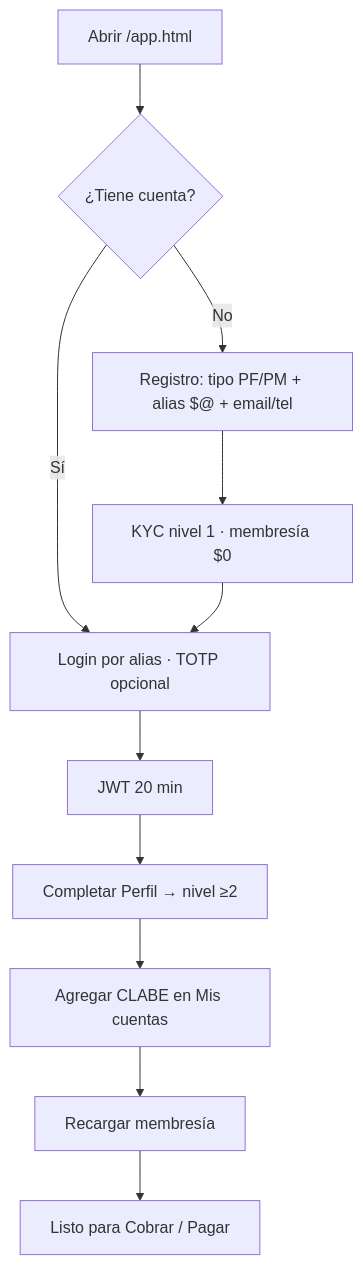
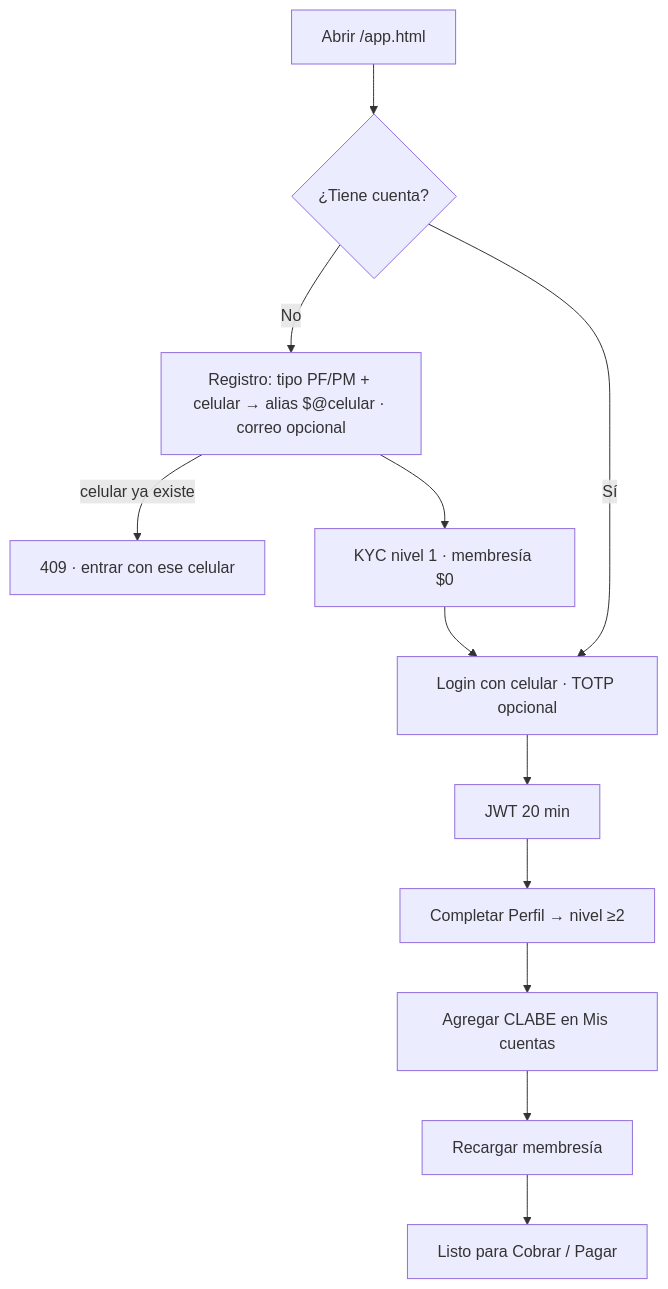
One commit to Spotynet/superclabe changed the eighth of 15 diagrams in docs/DOCUMENTACION-SISTEMA-COMPLETA.md. Above: the diagram before and after it, drawn with Mermaid. The commit also changed other lines of this file and 31 other files, not shown here.

````diff
--- a/docs/DOCUMENTACION-SISTEMA-COMPLETA.md
+++ b/docs/DOCUMENTACION-SISTEMA-COMPLETA.md
@@ -564,13 +601,14 @@
 ```mermaid
 flowchart TD
   A[Abrir /app.html] --> B{¿Tiene cuenta?}
-  B -->|No| C[Registro: tipo PF/PM + alias $@ + email/tel]
+  B -->|No| C[Registro: tipo PF/PM + celular → alias $@celular · correo opcional]
+  C -->|celular ya existe| C2[409 · entrar con ese celular]
   C --> D[KYC nivel 1 · membresía $0]
-  B -->|Sí| E[Login por alias · TOTP opcional]
+  B -->|Sí| E[Login con celular · TOTP opcional]
   D --> E
   E --> F[JWT 20 min]
   F --> G[Completar Perfil → nivel ≥2]
   G --> H[Agregar CLABE en Mis cuentas]
   H --> I[Recargar membresía]
   I --> J[Listo para Cobrar / Pagar]
 ```
````
